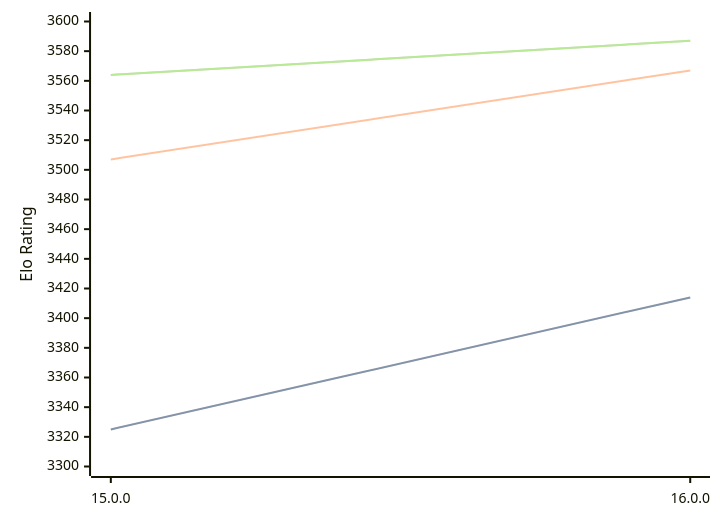
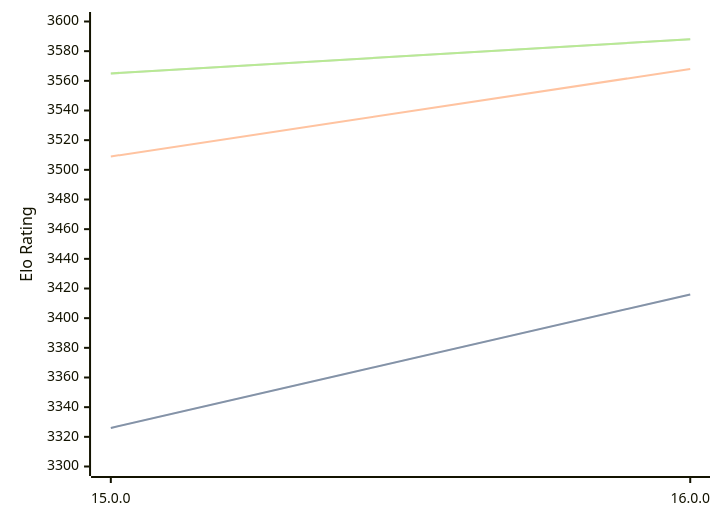
Before and after one commit to computer-chess-index/cci: the diagram in engines/Halogen.md, drawn with Mermaid. The commit also changed other lines of this file, not shown here.

Commit message:
Update CCI Ratings (ELO VLTC) - 2026-02-21

````diff
--- a/engines/Halogen.md
+++ b/engines/Halogen.md
@@ -47,11 +47,11 @@
 ```mermaid
 %%{init: {"theme":"base","themeVariables":{"seriesColors:['#a3a3a3','#222221','#faa371']}}}%%
 xychart-beta
   x-axis ["15.0.0", "16.0.0"]
   y-axis "Elo Rating" 3300 --> 3600
-  line "STC (8.0+0.08s)" [3325, 3414]
-  line "STC (8.0+0.08s)" [3325, 3414]
-  line "LTC (60.0+0.60s)" [3507, 3567]
-  line "VLTC (2m24s+1.12s)" [3564, 3587]
-  line "VLTC (2m24s+1.12s)" [3564, 3587]
+  line "STC (8.0+0.08s)" [3326, 3416]
+  line "STC (8.0+0.08s)" [3326, 3416]
+  line "LTC (60.0+0.60s)" [3509, 3568]
+  line "VLTC (2m24s+1.12s)" [3565, 3588]
+  line "VLTC (2m24s+1.12s)" [3565, 3588]
 ```
````
